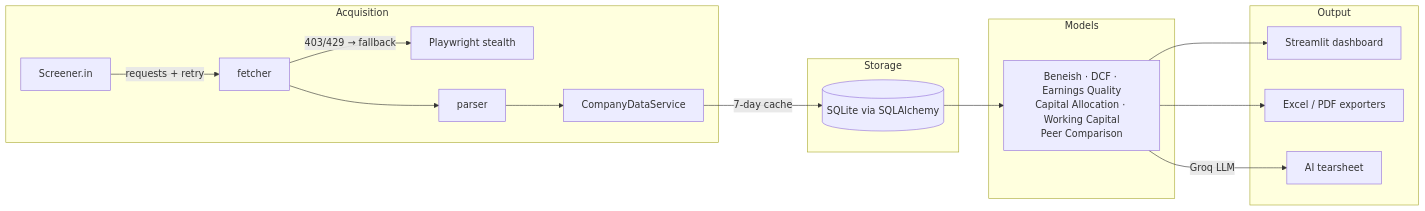
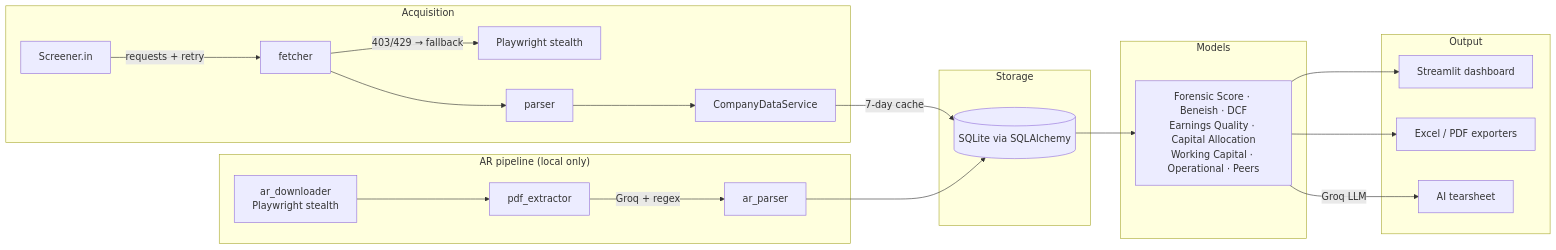
One commit to aaditmidha/screener-finance-tool changed the diagram in README.md. Above: the diagram before and after it, drawn with Mermaid. The commit also changed other lines of this file and 4 other files, not shown here.

````diff
--- a/README.md
+++ b/README.md
@@ -36,23 +41,29 @@
 ```mermaid
 flowchart LR
     subgraph Acquisition
         A[Screener.in] -->|requests + retry| B[fetcher]
         B -->|"403/429 → fallback"| C[Playwright stealth]
         B --> D[parser]
         D --> E[CompanyDataService]
     end
 
     subgraph Storage
         E -->|"7-day cache"| F[(SQLite via SQLAlchemy)]
     end
 
     subgraph Models
-        F --> G["Beneish · DCF · Earnings Quality<br/>Capital Allocation · Working Capital<br/>Peer Comparison"]
+        F --> G["Forensic Score · Beneish · DCF<br/>Earnings Quality · Capital Allocation<br/>Working Capital · Operational · Peers"]
+    end
+
+    subgraph "AR pipeline (local only)"
+        C2[ar_downloader<br/>Playwright stealth] --> P[pdf_extractor]
+        P -->|Groq + regex| Q[ar_parser]
+        Q --> F
     end
 
     subgraph Output
         G --> H[Streamlit dashboard]
         G --> I[Excel / PDF exporters]
         G -->|Groq LLM| J[AI tearsheet]
     end
 ```
````
